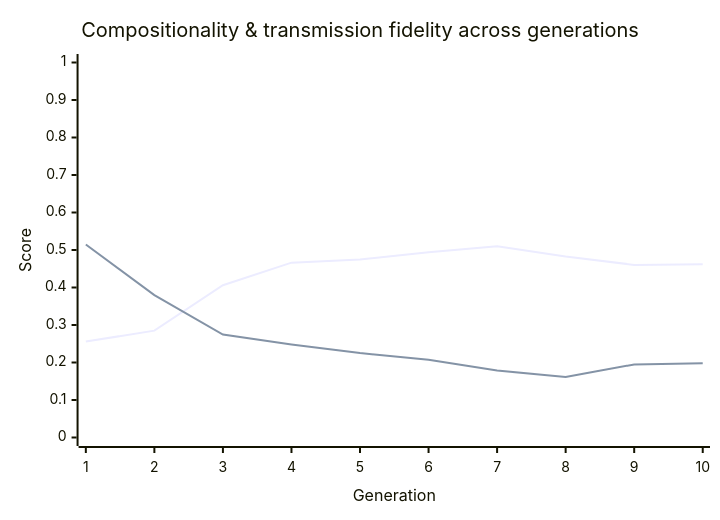
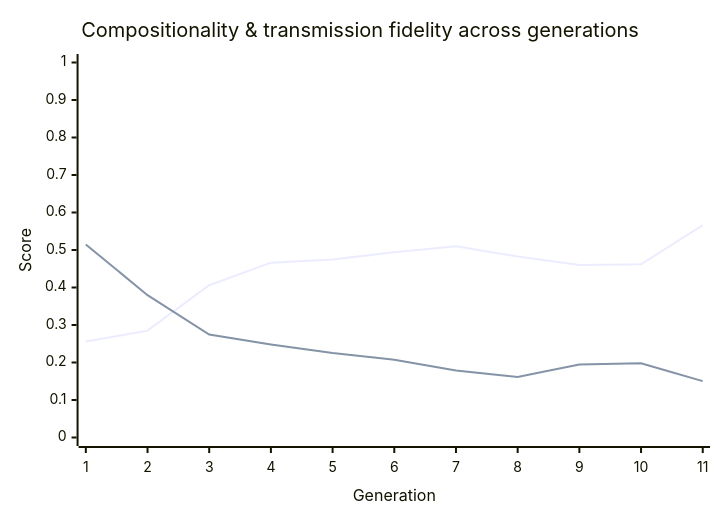
The diagram in metrics/latest-report.md (nichobbs/traditio), drawn with Mermaid before and after one commit. The commit also changed other lines of this file and 1 other file, not shown here.

````diff
--- a/metrics/latest-report.md
+++ b/metrics/latest-report.md
@@ -40,8 +40,8 @@
 ```mermaid
 xychart-beta
     title "Compositionality & transmission fidelity across generations"
-    x-axis "Generation" [1, 2, 3, 4, 5, 6, 7, 8, 9, 10]
+    x-axis "Generation" [1, 2, 3, 4, 5, 6, 7, 8, 9, 10, 11]
     y-axis "Score" 0 --> 1
-    line "Compositionality" [0.2559, 0.2849, 0.4060, 0.4663, 0.4745, 0.4941, 0.5099, 0.4826, 0.4603, 0.4619]
-    line "Transmission Fidelity" [0.5148, 0.3796, 0.2746, 0.2481, 0.2251, 0.2074, 0.1785, 0.1615, 0.1949, 0.1977]
+    line "Compositionality" [0.2559, 0.2849, 0.4060, 0.4663, 0.4745, 0.4941, 0.5099, 0.4826, 0.4603, 0.4619, 0.5665]
+    line "Transmission Fidelity" [0.5148, 0.3796, 0.2746, 0.2481, 0.2251, 0.2074, 0.1785, 0.1615, 0.1949, 0.1977, 0.1504]
 ```
````
